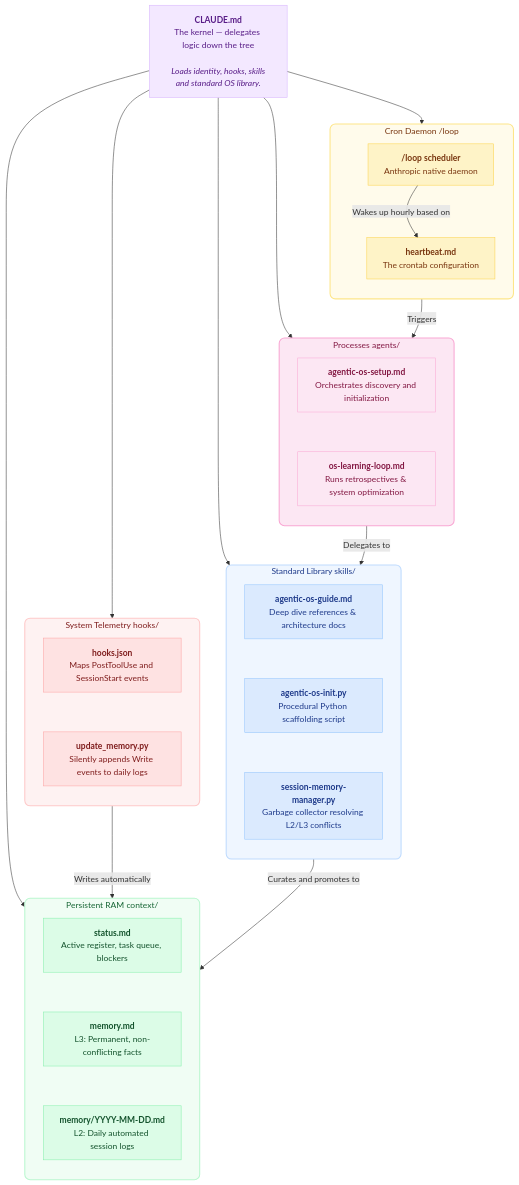
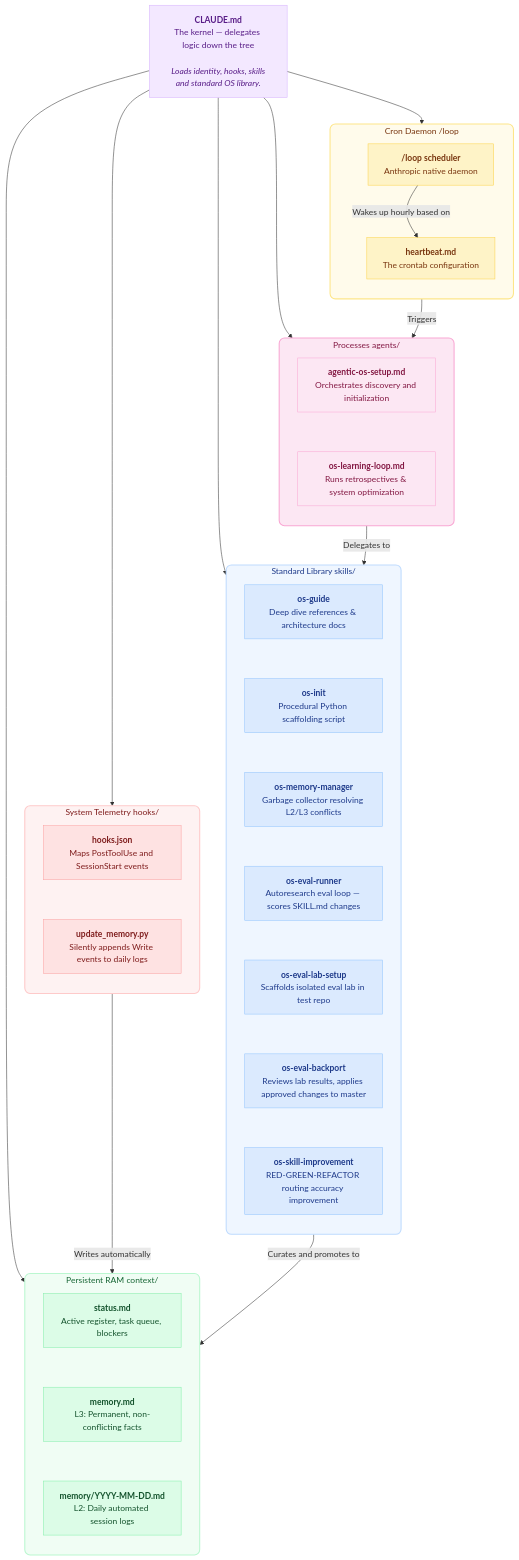
The diagram in plugins/agent-agentic-os/assets/diagrams/agentic-os-structure.mmd (richfrem/agent-plugins-skills), drawn with Mermaid before and after one commit. The commit also changed 9 other files, not shown here.

First line of the commit message:
docs(diagrams): update all MMDs for renamed skills + add improvement-flywheel

```diff
--- a/plugins/agent-agentic-os/assets/diagrams/agentic-os-structure.mmd
+++ b/plugins/agent-agentic-os/assets/diagrams/agentic-os-structure.mmd
@@ -1,69 +1,72 @@
 ---
 config:
   layout: dagre
 ---
 flowchart TB
     Top["<b>CLAUDE.md</b><br>The kernel — delegates logic down the tree<br><br><i>Loads identity, hooks, skills<br>and standard OS library.</i>"]:::purpleNode
 
     subgraph Storage["Persistent RAM context/"]
         direction TB
         C1["<b>status.md</b><br>Active register, task queue, blockers"]:::greenNode
         C2["<b>memory.md</b><br>L3: Permanent, non-conflicting facts"]:::greenNode
         C3["<b>memory/YYYY-MM-DD.md</b><br>L2: Daily automated session logs"]:::greenNode
         C1 ~~~ C2
         C2 ~~~ C3
     end
 
     subgraph Agents["Processes agents/"]
         direction TB
         A1["<b>agentic-os-setup.md</b><br>Orchestrates discovery and initialization"]:::pinkNode
         A2["<b>os-learning-loop.md</b><br>Runs retrospectives &amp; system optimization"]:::pinkNode
         A1 ~~~ A2
     end
 
     subgraph Skills["Standard Library skills/"]
         direction TB
-        S1["<b>agentic-os-guide.md</b><br>Deep dive references &amp; architecture docs"]:::blueNode
-        S2["<b>agentic-os-init.py</b><br>Procedural Python scaffolding script"]:::blueNode
-        S3["<b>session-memory-manager.py</b><br>Garbage collector resolving L2/L3 conflicts"]:::blueNode
-        S1 ~~~ S2
-        S2 ~~~ S3
+        S1["<b>os-guide</b><br>Deep dive references &amp; architecture docs"]:::blueNode
+        S2["<b>os-init</b><br>Procedural Python scaffolding script"]:::blueNode
+        S3["<b>os-memory-manager</b><br>Garbage collector resolving L2/L3 conflicts"]:::blueNode
+        S4["<b>os-eval-runner</b><br>Autoresearch eval loop — scores SKILL.md changes"]:::blueNode
+        S5["<b>os-eval-lab-setup</b><br>Scaffolds isolated eval lab in test repo"]:::blueNode
+        S6["<b>os-eval-backport</b><br>Reviews lab results, applies approved changes to master"]:::blueNode
+        S7["<b>os-skill-improvement</b><br>RED-GREEN-REFACTOR routing accuracy improvement"]:::blueNode
+        S1 ~~~ S2 ~~~ S3 ~~~ S4 ~~~ S5 ~~~ S6 ~~~ S7
     end
 
     subgraph Hooks["System Telemetry hooks/"]
         direction TB
         H1["<b>hooks.json</b><br>Maps PostToolUse and SessionStart events"]:::redNode
         H2["<b>update_memory.py</b><br>Silently appends Write events to daily logs"]:::redNode
         H1 ~~~ H2
     end
 
     subgraph Heartbeat["Cron Daemon /loop"]
         direction TB
         L1["<b>/loop scheduler</b><br>Anthropic native daemon"]:::yellowNode
         L2["<b>heartbeat.md</b><br>The crontab configuration"]:::yellowNode
         L2 ~~~ L1
     end
 
     %% Structural Links
     Top --> Storage & Agents & Skills & Hooks & Heartbeat
     
     %% Behavioral Links (Node-to-Node for cleaner rendering)
     H2 -- "Writes automatically" --> C3
     L1 -- "Wakes up hourly based on" --> L2
     L1 -- "Triggers" --> A2
     A2 -- "Delegates to" --> S1
     S3 -- "Curates and promotes to" --> C2
 
     %% Styling
     classDef purpleNode fill:#f3e8ff,stroke:#d8b4fe,stroke-width:1px,color:#581c87
     classDef greenNode fill:#dcfce7,stroke:#86efac,stroke-width:1px,color:#14532d
     classDef blueNode fill:#dbeafe,stroke:#93c5fd,stroke-width:1px,color:#1e3a8a
     classDef redNode fill:#fee2e2,stroke:#fca5a5,stroke-width:1px,color:#7f1d1d
     classDef yellowNode fill:#fef3c7,stroke:#fcd34d,stroke-width:1px,color:#78350f
     classDef pinkNode fill:#fce7f3,stroke:#f9a8d4,stroke-width:1px,color:#831843
     
     style Storage fill:#f0fdf4,stroke:#bbf7d0,color:#166534,stroke-width:2px,rx:10,ry:10
     style Agents fill:#fce7f3,stroke:#f9a8d4,color:#831843,stroke-width:2px,rx:10,ry:10
     style Skills fill:#eff6ff,stroke:#bfdbfe,color:#1e3a8a,stroke-width:2px,rx:10,ry:10
     style Hooks fill:#fef2f2,stroke:#fecaca,color:#7f1d1d,stroke-width:2px,rx:10,ry:10
     style Heartbeat fill:#fffbeb,stroke:#fde68a,color:#78350f,stroke-width:2px,rx:10,ry:10
```
